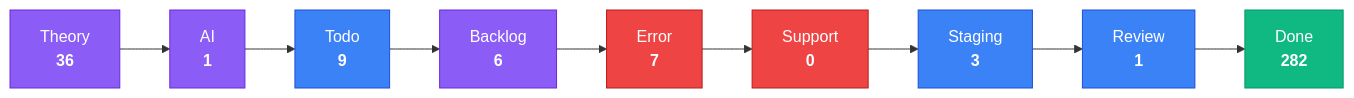
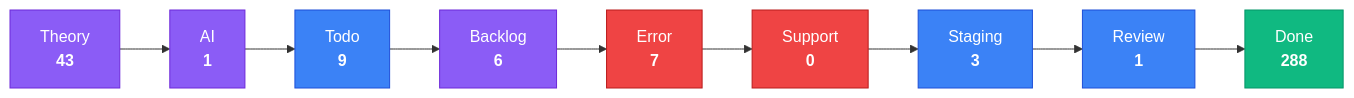
The third of 4 diagrams in apps/kbve/astro-kbve/src/content/docs/dashboard/kanban-data.mdx (KBVE/kbve), drawn with Mermaid before and after one commit. The commit also changed other lines of this file and 8 other files, not shown here.

````diff
--- a/apps/kbve/astro-kbve/src/content/docs/dashboard/kanban-data.mdx
+++ b/apps/kbve/astro-kbve/src/content/docs/dashboard/kanban-data.mdx
@@ -80,28 +80,28 @@
 ```mermaid
 flowchart LR
     classDef planning fill:#8b5cf6,stroke:#6d28d9,color:#fff
     classDef active fill:#3b82f6,stroke:#1d4ed8,color:#fff
     classDef blocked fill:#ef4444,stroke:#b91c1c,color:#fff
     classDef done fill:#10b981,stroke:#059669,color:#fff
-    Theory["Theory<br/><strong>36</strong>"]
+    Theory["Theory<br/><strong>43</strong>"]
     Theory --> AI
     AI["AI<br/><strong>1</strong>"]
     AI --> Todo
     Todo["Todo<br/><strong>9</strong>"]
     Todo --> Backlog
     Backlog["Backlog<br/><strong>6</strong>"]
     Backlog --> Error
     Error["Error<br/><strong>7</strong>"]
     Error --> Support
     Support["Support<br/><strong>0</strong>"]
     Support --> Staging
     Staging["Staging<br/><strong>3</strong>"]
     Staging --> Review
     Review["Review<br/><strong>1</strong>"]
     Review --> Done
-    Done["Done<br/><strong>282</strong>"]
+    Done["Done<br/><strong>288</strong>"]
     class Theory,AI,Backlog planning
     class Todo,Staging,Review active
     class Error,Support blocked
     class Done done
 ```
````
